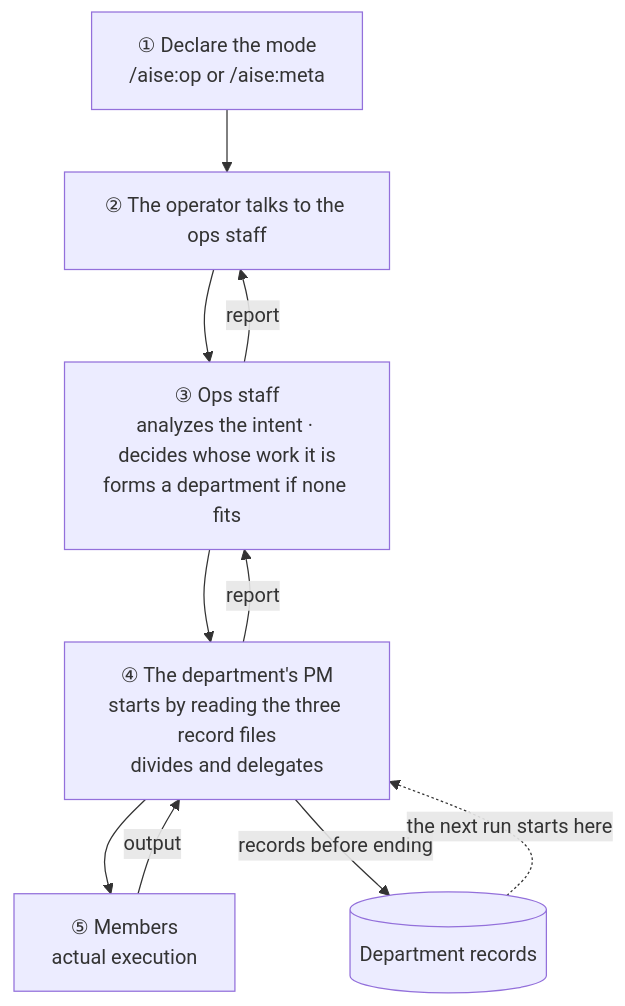
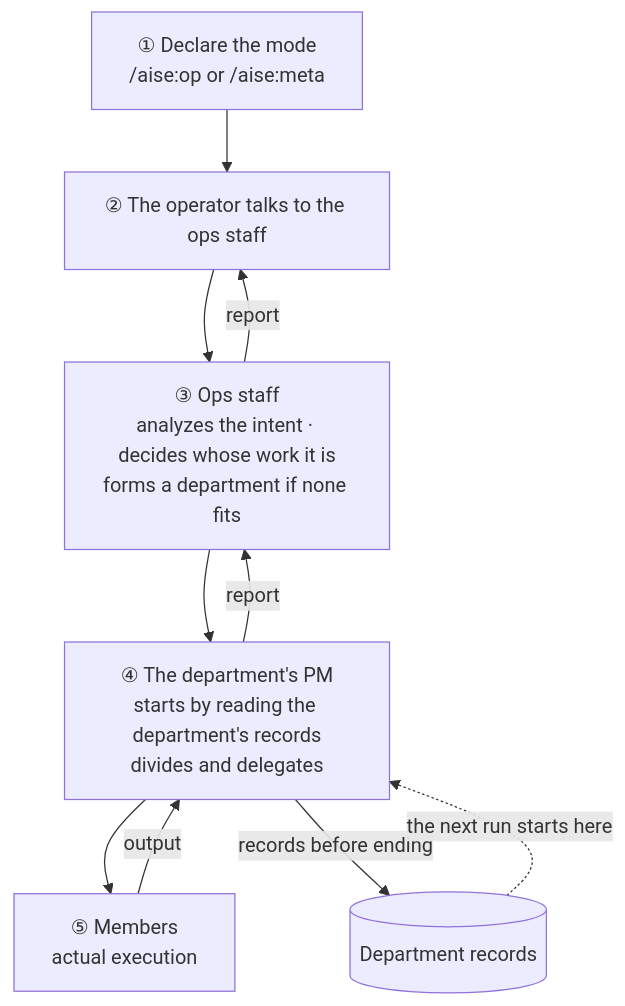
Before and after one commit to Alex2006-KOR/aise-org-site: the first of 5 diagrams in docs/en/story/operation.md, drawn with Mermaid. The commit also changed other lines of this file and 20 other files, not shown here.

````diff
--- a/docs/en/story/operation.md
+++ b/docs/en/story/operation.md
@@ -17,15 +17,15 @@
 ```mermaid
 flowchart TB
   M["① Declare the mode<br/>/aise:op or /aise:meta"]
   U["② The operator talks to the ops staff"]
   O["③ Ops staff<br/>analyzes the intent · decides whose work it is<br/>forms a department if none fits"]
-  P["④ The department's PM<br/>starts by reading the three record files<br/>divides and delegates"]
+  P["④ The department's PM<br/>starts by reading the department's records<br/>divides and delegates"]
   R["⑤ Members<br/>actual execution"]
   REC[("Department records")]
   M --> U --> O --> P --> R
   R -->|"output"| P
   P -->|"records before ending"| REC
   REC -.->|"the next run starts here"| P
   P -->|"report"| O
   O -->|"report"| U
 ```
````
